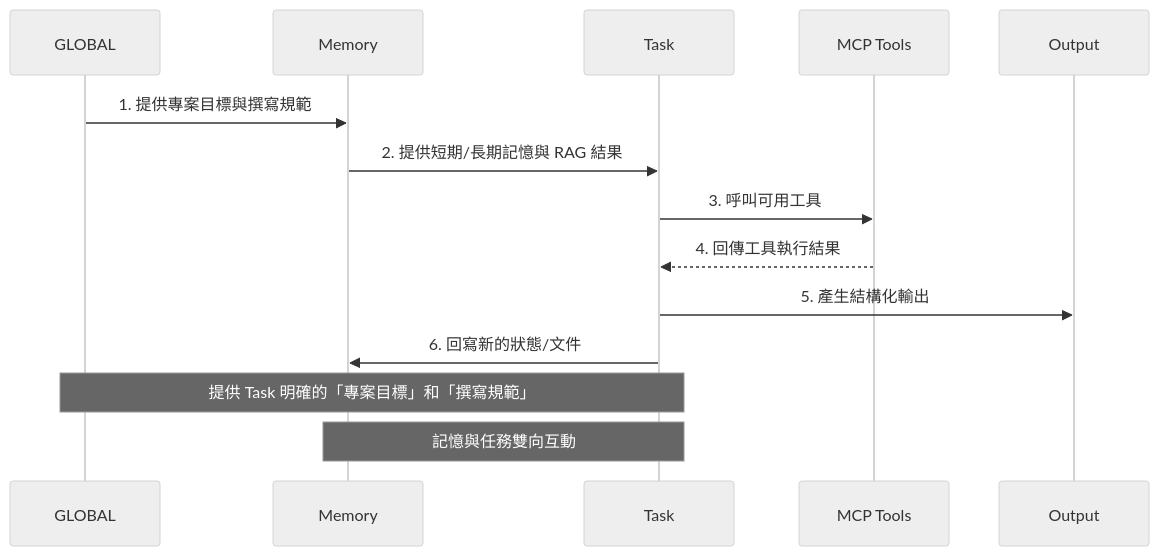
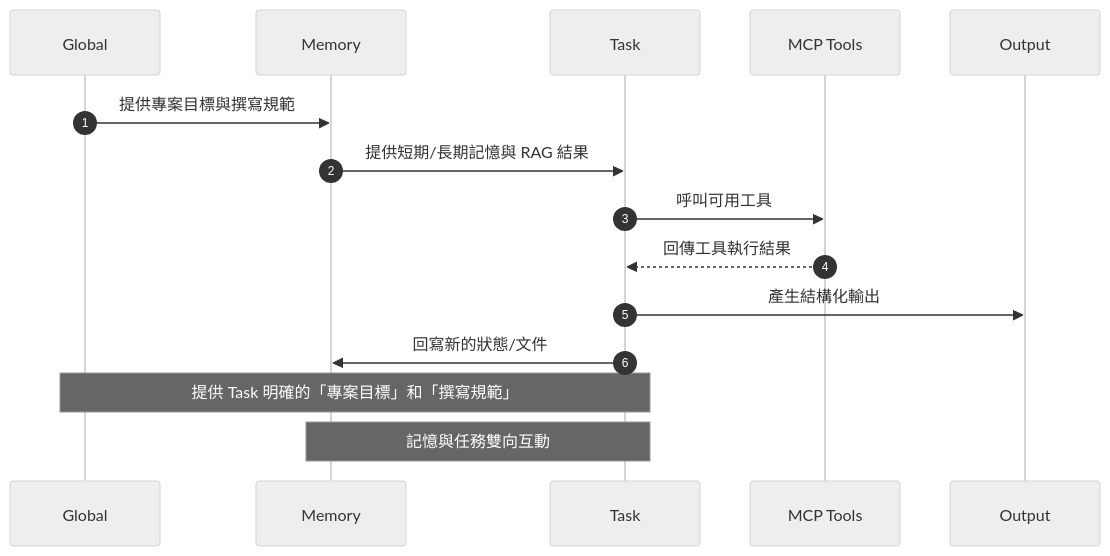
One commit to hsiangjenli/2025-it-help-ironman changed the diagram in source/challenges/day-03.md. Above: the diagram before and after it, drawn with Mermaid (neutral theme).

````diff
--- a/source/challenges/day-03.md
+++ b/source/challenges/day-03.md
@@ -5,18 +5,19 @@
 ```mermaid
 sequenceDiagram
-    participant GLOBAL
+    autonumber
+    participant Global
     participant Memory
     participant Task
     participant MCP_Tools as MCP Tools
     participant Output
 
-    GLOBAL->>Memory: 1. 提供專案目標與撰寫規範
-    Memory->>Task: 2. 提供短期/長期記憶與 RAG 結果
-    Task->>MCP_Tools: 3. 呼叫可用工具
-    MCP_Tools-->>Task: 4. 回傳工具執行結果
-    Task->>Output: 5. 產生結構化輸出
-    Task->>Memory: 6. 回寫新的狀態/文件
+    Global->>Memory: 提供專案目標與撰寫規範
+    Memory->>Task: 提供短期/長期記憶與 RAG 結果
+    Task->>MCP_Tools: 呼叫可用工具
+    MCP_Tools-->>Task: 回傳工具執行結果
+    Task->>Output: 產生結構化輸出
+    Task->>Memory: 回寫新的狀態/文件
 
-    Note over GLOBAL,Task: 提供 Task 明確的「專案目標」和「撰寫規範」
+    Note over Global,Task: 提供 Task 明確的「專案目標」和「撰寫規範」
     Note over Memory,Task: 記憶與任務雙向互動
 ```
````
